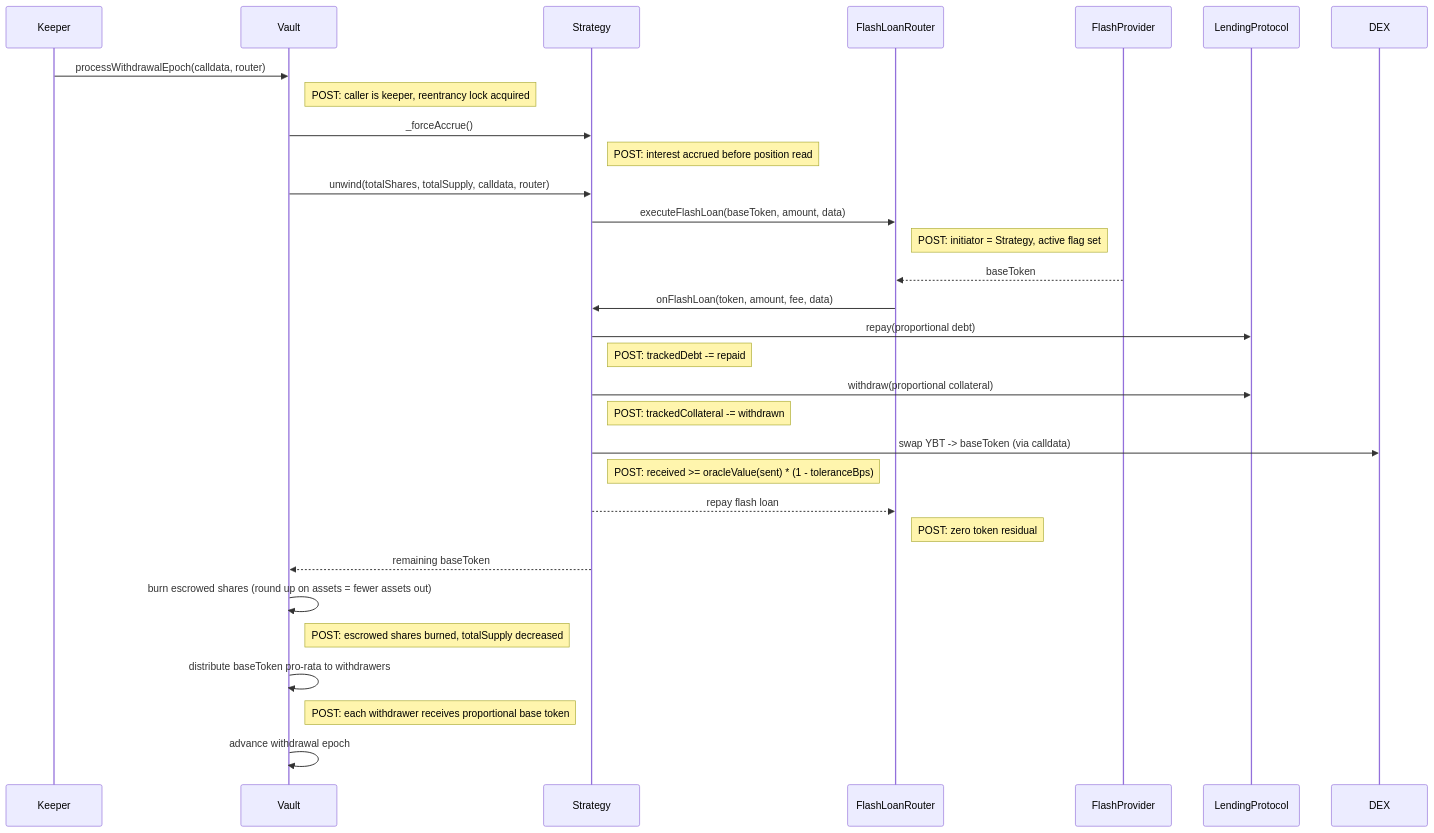
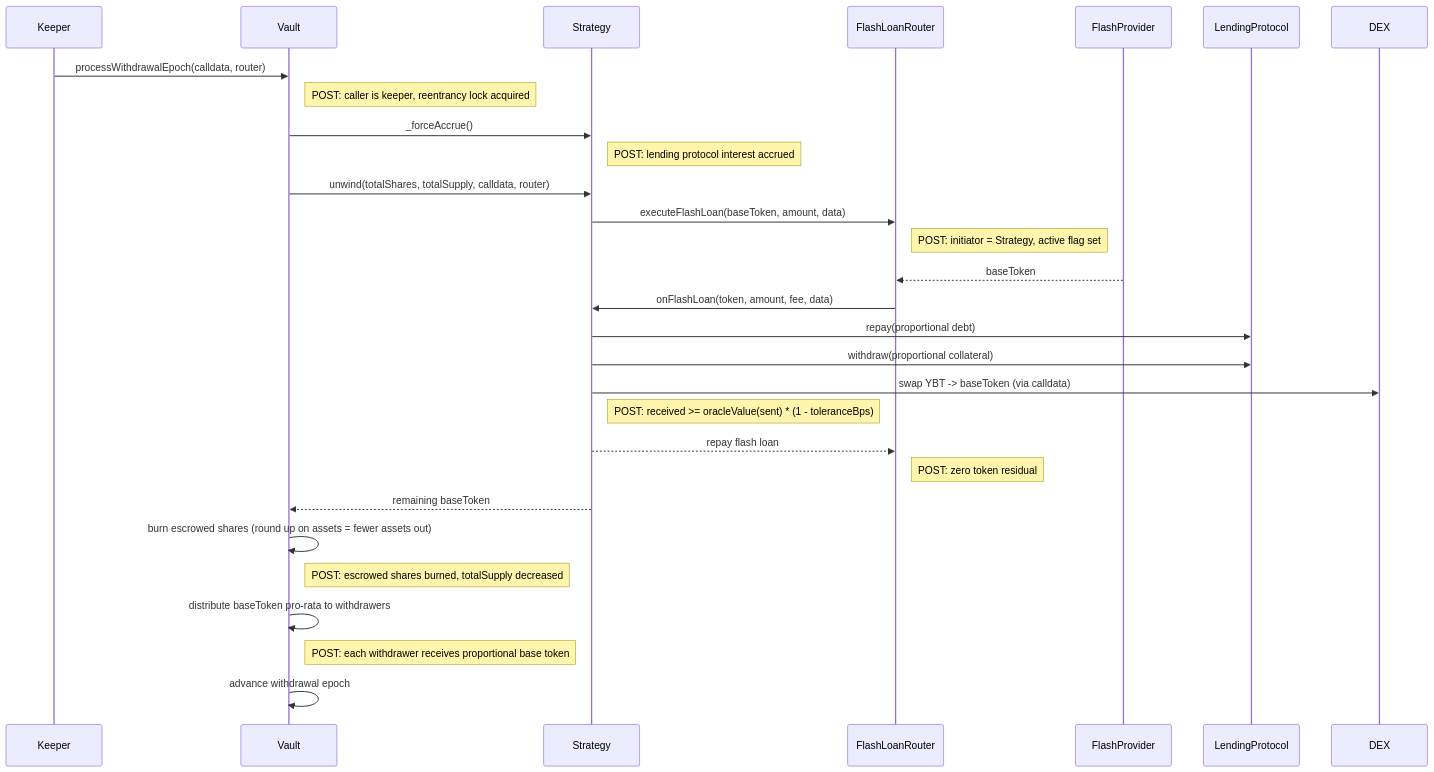
The fifth of 16 diagrams in docs/architecture/call-diagrams.md (evgenynacu/leverage-vaults), drawn with Mermaid before and after one commit. The commit also changed other lines of this file and 9 other files, not shown here.

````diff
--- a/docs/architecture/call-diagrams.md
+++ b/docs/architecture/call-diagrams.md
@@ -76,26 +75,24 @@
 ```mermaid
 sequenceDiagram
     Keeper->>Vault: processWithdrawalEpoch(calldata, router)
     note right of Vault: POST: caller is keeper, reentrancy lock acquired
     Vault->>Strategy: _forceAccrue()
-    note right of Strategy: POST: interest accrued before position read
+    note right of Strategy: POST: lending protocol interest accrued
     Vault->>Strategy: unwind(totalShares, totalSupply, calldata, router)
     Strategy->>FlashLoanRouter: executeFlashLoan(baseToken, amount, data)
     note right of FlashLoanRouter: POST: initiator = Strategy, active flag set
     FlashProvider-->>FlashLoanRouter: baseToken
     FlashLoanRouter->>Strategy: onFlashLoan(token, amount, fee, data)
     Strategy->>LendingProtocol: repay(proportional debt)
-    note right of Strategy: POST: trackedDebt -= repaid
     Strategy->>LendingProtocol: withdraw(proportional collateral)
-    note right of Strategy: POST: trackedCollateral -= withdrawn
     Strategy->>DEX: swap YBT -> baseToken (via calldata)
     note right of Strategy: POST: received >= oracleValue(sent) * (1 - toleranceBps)
     Strategy-->>FlashLoanRouter: repay flash loan
     note right of FlashLoanRouter: POST: zero token residual
     Strategy-->>Vault: remaining baseToken
     Vault->>Vault: burn escrowed shares (round up on assets = fewer assets out)
     note right of Vault: POST: escrowed shares burned, totalSupply decreased
     Vault->>Vault: distribute baseToken pro-rata to withdrawers
     note right of Vault: POST: each withdrawer receives proportional base token
     Vault->>Vault: advance withdrawal epoch
 ```
````
